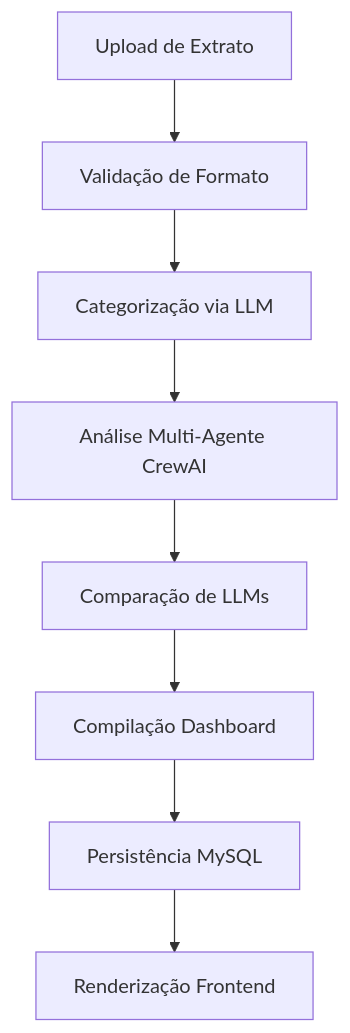
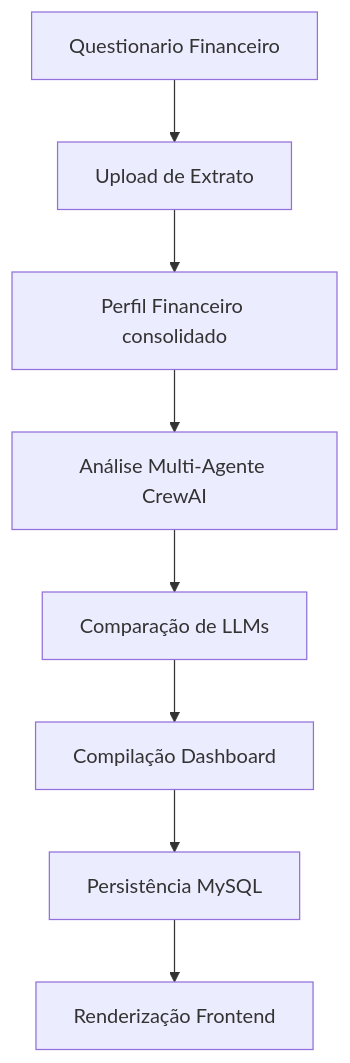
Before and after one commit to tavss1/Aconselhamento-Financeiro-com-uso-de-LLMs: the diagram in README.md, drawn with Mermaid. The commit also changed other lines of this file, not shown here.

Commit message:
readme atualizado 2.0

````diff
--- a/README.md
+++ b/README.md
@@ -213,10 +213,10 @@
 ```mermaid
 graph TD
-    A[Upload de Extrato] --> B[Validação de Formato]
-    B --> C[Categorização via LLM]
+    A[Questionario Financeiro] --> B[Upload de Extrato]
+    B --> C[Perfil Financeiro consolidado]
     C --> D[Análise Multi-Agente CrewAI]
     D --> E[Comparação de LLMs]
     E --> F[Compilação Dashboard]
     F --> G[Persistência MySQL]
     G --> H[Renderização Frontend]
 ```
````
